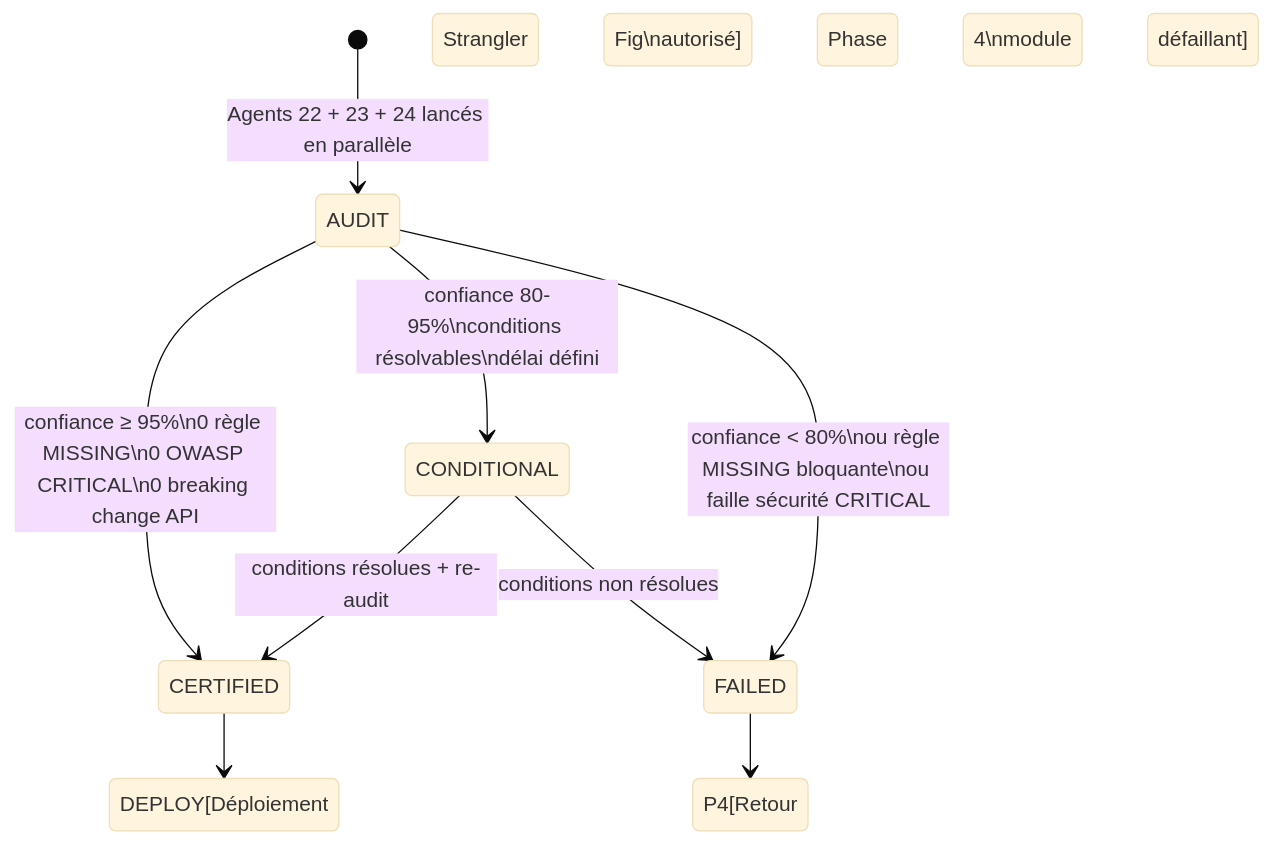
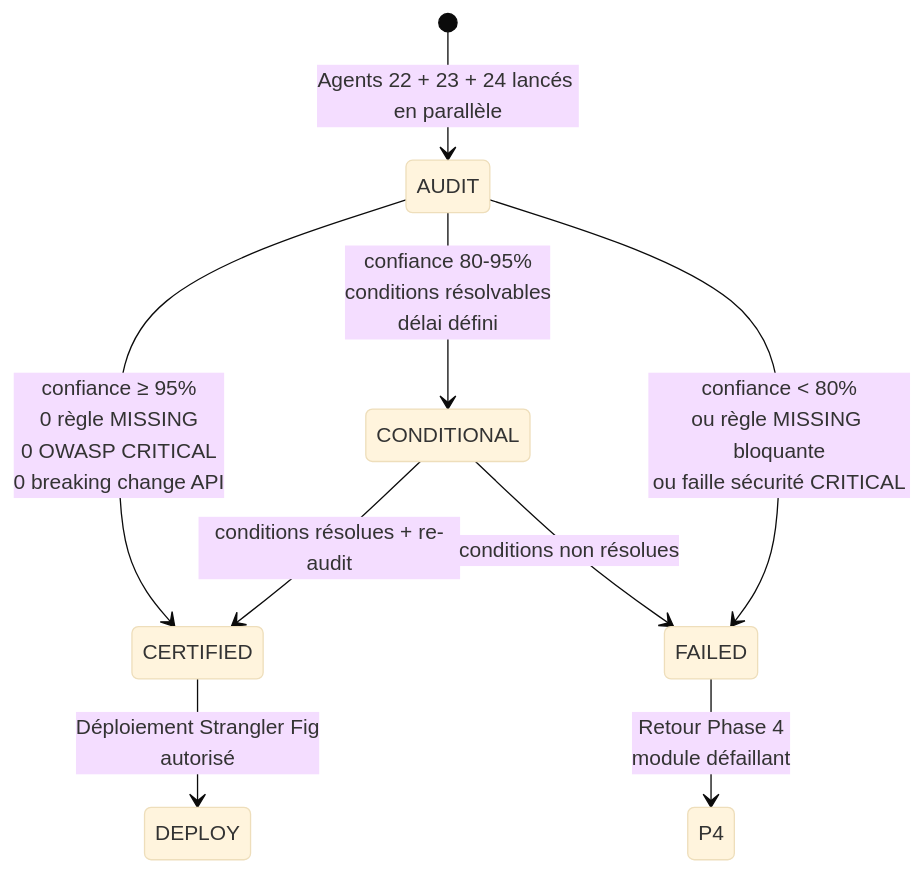
One commit to LiolluryZ/migration-ai changed diagram 16 of 19 in MIGRATION_WORKFLOW.md. Above: the diagram before and after it, drawn with Mermaid (base theme). The commit also changed other lines of this file, not shown here.

````diff
--- a/MIGRATION_WORKFLOW.md
+++ b/MIGRATION_WORKFLOW.md
@@ -674,14 +714,14 @@
 ```mermaid
 stateDiagram-v2
     [*] --> AUDIT : Agents 22 + 23 + 24 lancés en parallèle
 
-    AUDIT --> CERTIFIED : confiance ≥ 95%\n0 règle MISSING\n0 OWASP CRITICAL\n0 breaking change API
-    AUDIT --> CONDITIONAL : confiance 80-95%\nconditions résolvables\ndélai défini
-    AUDIT --> FAILED : confiance < 80%\nou règle MISSING bloquante\nou faille sécurité CRITICAL
+    AUDIT --> CERTIFIED : confiance ≥ 95%<br/>0 règle MISSING<br/>0 OWASP CRITICAL<br/>0 breaking change API
+    AUDIT --> CONDITIONAL : confiance 80-95%<br/>conditions résolvables<br/>délai défini
+    AUDIT --> FAILED : confiance < 80%<br/>ou règle MISSING bloquante<br/>ou faille sécurité CRITICAL
 
     CONDITIONAL --> CERTIFIED : conditions résolues + re-audit
     CONDITIONAL --> FAILED : conditions non résolues
 
-    CERTIFIED --> DEPLOY[Déploiement Strangler Fig\nautorisé]
-    FAILED --> P4[Retour Phase 4\nmodule défaillant]
+    CERTIFIED --> DEPLOY : Déploiement Strangler Fig<br/>autorisé
+    FAILED --> P4 : Retour Phase 4<br/>module défaillant
 ```
````
